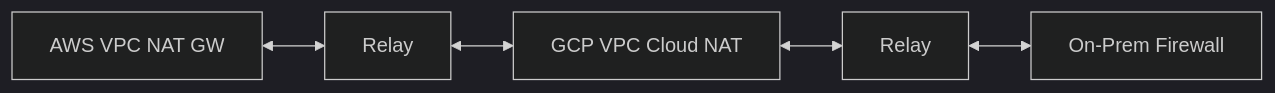
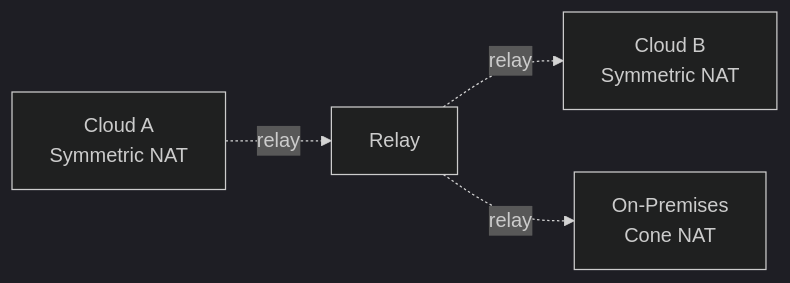
Before and after one commit to inerplat/wirekube: the third of 6 diagrams in docs/operations/topologies.md, drawn with Mermaid (dark theme). The commit also changed other lines of this file and 20 other files, not shown here.

````diff
--- a/docs/operations/topologies.md
+++ b/docs/operations/topologies.md
@@ -67,7 +67,6 @@
 ```mermaid
 flowchart LR
-    AWS[AWS VPC NAT GW] <--> R1[Relay]
-    R1 <--> GCP[GCP VPC Cloud NAT]
-    GCP <--> R2[Relay]
-    R2 <--> OP[On-Prem Firewall]
+    VPC-A[Cloud A<br/>Symmetric NAT] -.->|relay| R[Relay]
+    R -.->|relay| VPC-B[Cloud B<br/>Symmetric NAT]
+    R -.->|relay| OnPrem[On-Premises<br/>Cone NAT]
 ```
````
